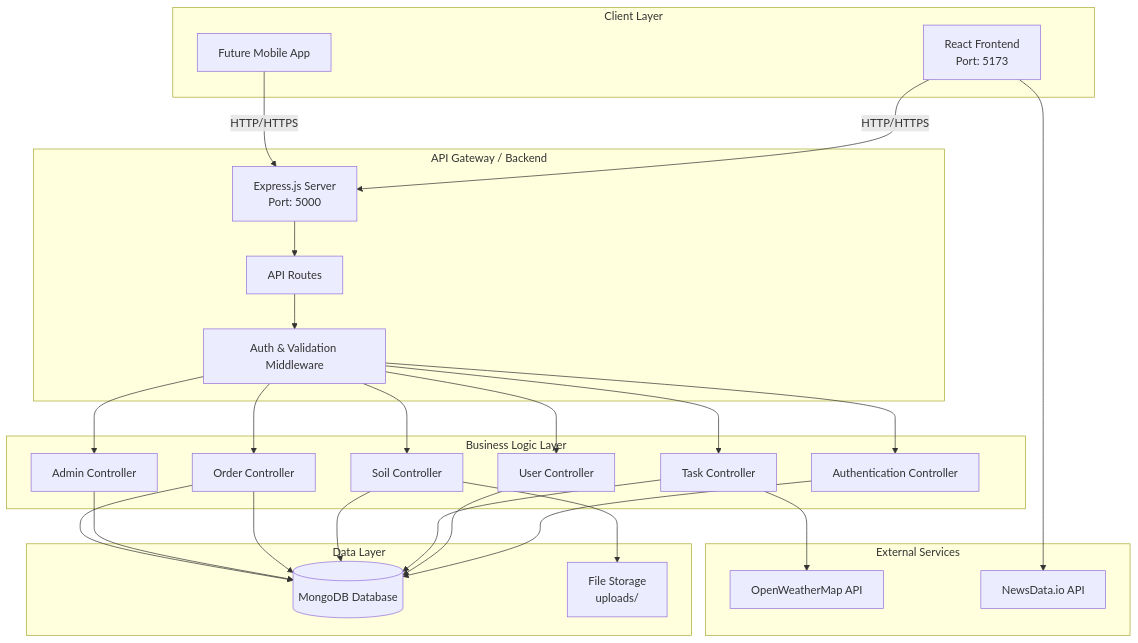
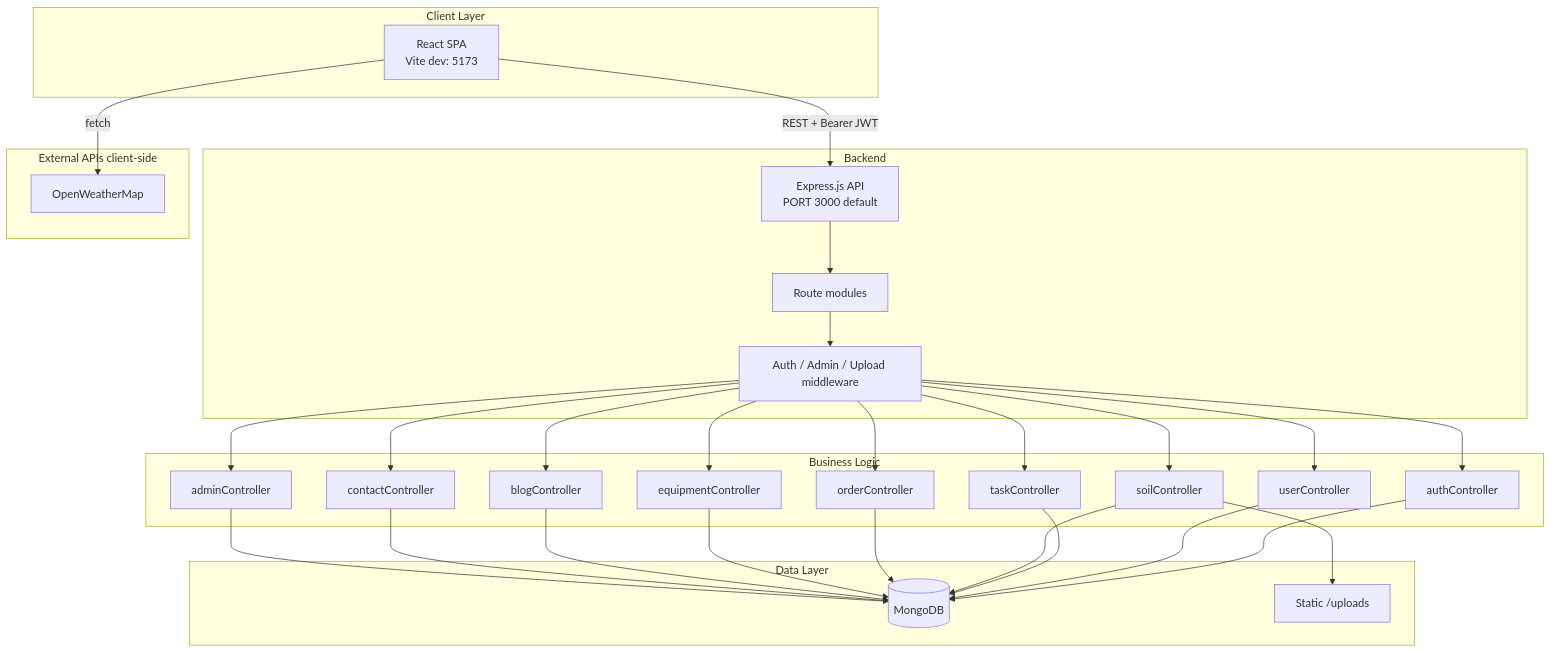
The first of 4 diagrams in docs/System_Architecture.md (basantmahato/AgricultureManagementSystem), drawn with Mermaid before and after one commit. The commit also changed other lines of this file and 4 other files, not shown here.

````diff
--- a/docs/System_Architecture.md
+++ b/docs/System_Architecture.md
@@ -5,57 +7,59 @@
 ```mermaid
 graph TB
     subgraph "Client Layer"
-        WebApp[React Frontend<br/>Port: 5173]
-        Mobile[Future Mobile App]
+        WebApp[React SPA<br/>Vite dev: 5173]
     end
-    
-    subgraph "API Gateway / Backend"
-        Express[Express.js Server<br/>Port: 5000]
-        Routes[API Routes]
-        Middleware[Auth & Validation Middleware]
+
+    subgraph "Backend"
+        Express[Express.js API<br/>PORT 3000 default]
+        Routes[Route modules]
+        MW[Auth / Admin / Upload middleware]
     end
-    
-    subgraph "Business Logic Layer"
-        AuthCtrl[Authentication Controller]
-        UserCtrl[User Controller]
-        TaskCtrl[Task Controller]
-        SoilCtrl[Soil Controller]
-        OrderCtrl[Order Controller]
-        AdminCtrl[Admin Controller]
+
+    subgraph "Business Logic"
+        AuthCtrl[authController]
+        UserCtrl[userController]
+        TaskCtrl[taskController]
+        SoilCtrl[soilController]
+        OrderCtrl[orderController]
+        EquipCtrl[equipmentController]
+        BlogCtrl[blogController]
+        ContactCtrl[contactController]
+        AdminCtrl[adminController]
     end
-    
+
     subgraph "Data Layer"
-        MongoDB[(MongoDB Database)]
-        FileStorage[File Storage<br/>uploads/]
+        MongoDB[(MongoDB)]
+        Uploads[Static /uploads]
     end
-    
-    subgraph "External Services"
-        WeatherAPI[OpenWeatherMap API]
-        NewsAPI[NewsData.io API]
+
+    subgraph "External APIs client-side"
+        WeatherAPI[OpenWeatherMap]
     end
-    
-    WebApp -->|HTTP/HTTPS| Express
-    Mobile -->|HTTP/HTTPS| Express
-    
+
+    WebApp -->|REST + Bearer JWT| Express
+    WebApp -->|fetch| WeatherAPI
+
     Express --> Routes
-    Routes --> Middleware
-    Middleware --> AuthCtrl
-    Middleware --> UserCtrl
-    Middleware --> TaskCtrl
-    Middleware --> SoilCtrl
-    Middleware --> OrderCtrl
-    Middleware --> AdminCtrl
-    
+    Routes --> MW
+    MW --> AuthCtrl
+    MW --> UserCtrl
+    MW --> TaskCtrl
+    MW --> SoilCtrl
+    MW --> OrderCtrl
+    MW --> EquipCtrl
+    MW --> BlogCtrl
+    MW --> ContactCtrl
+    MW --> AdminCtrl
+
     AuthCtrl --> MongoDB
     UserCtrl --> MongoDB
     TaskCtrl --> MongoDB
     SoilCtrl --> MongoDB
+    SoilCtrl --> Uploads
     OrderCtrl --> MongoDB
+    EquipCtrl --> MongoDB
+    BlogCtrl --> MongoDB
+    ContactCtrl --> MongoDB
     AdminCtrl --> MongoDB
-    
-    SoilCtrl --> FileStorage
-    OrderCtrl --> MongoDB
-    
-    TaskCtrl --> WeatherAPI
-    WebApp --> NewsAPI
 ```
````
